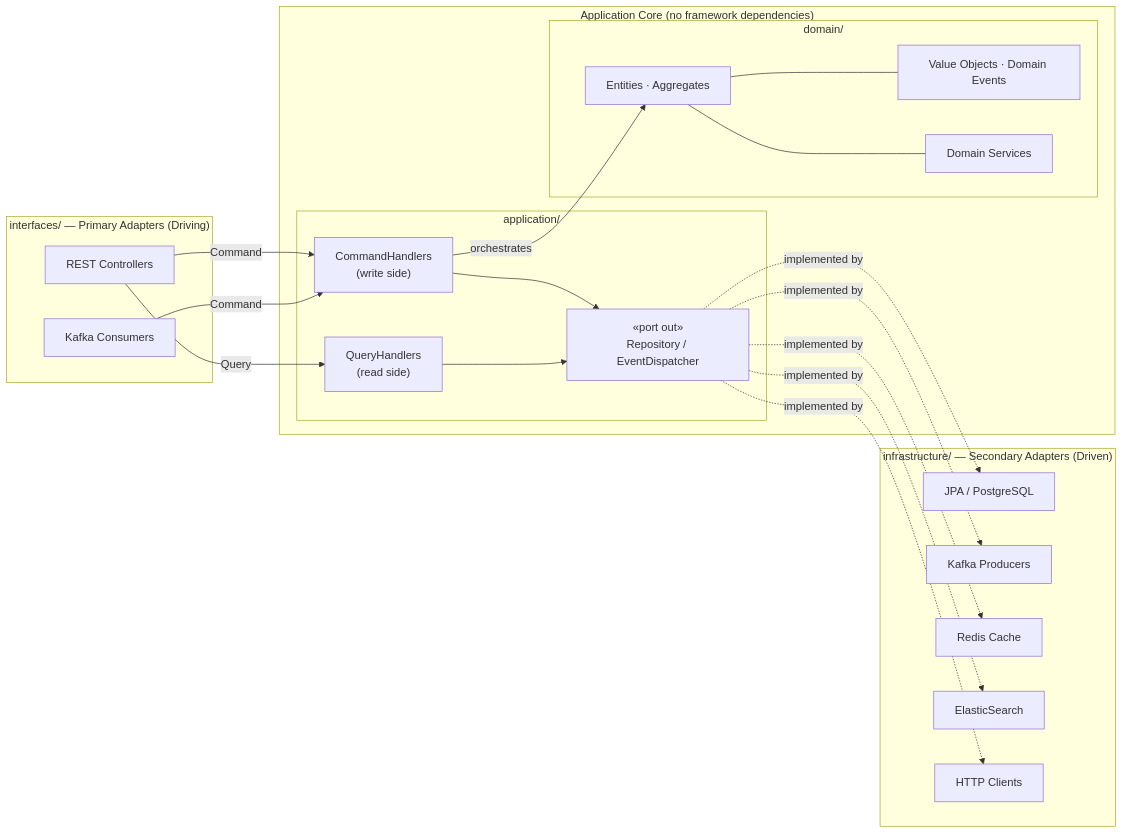
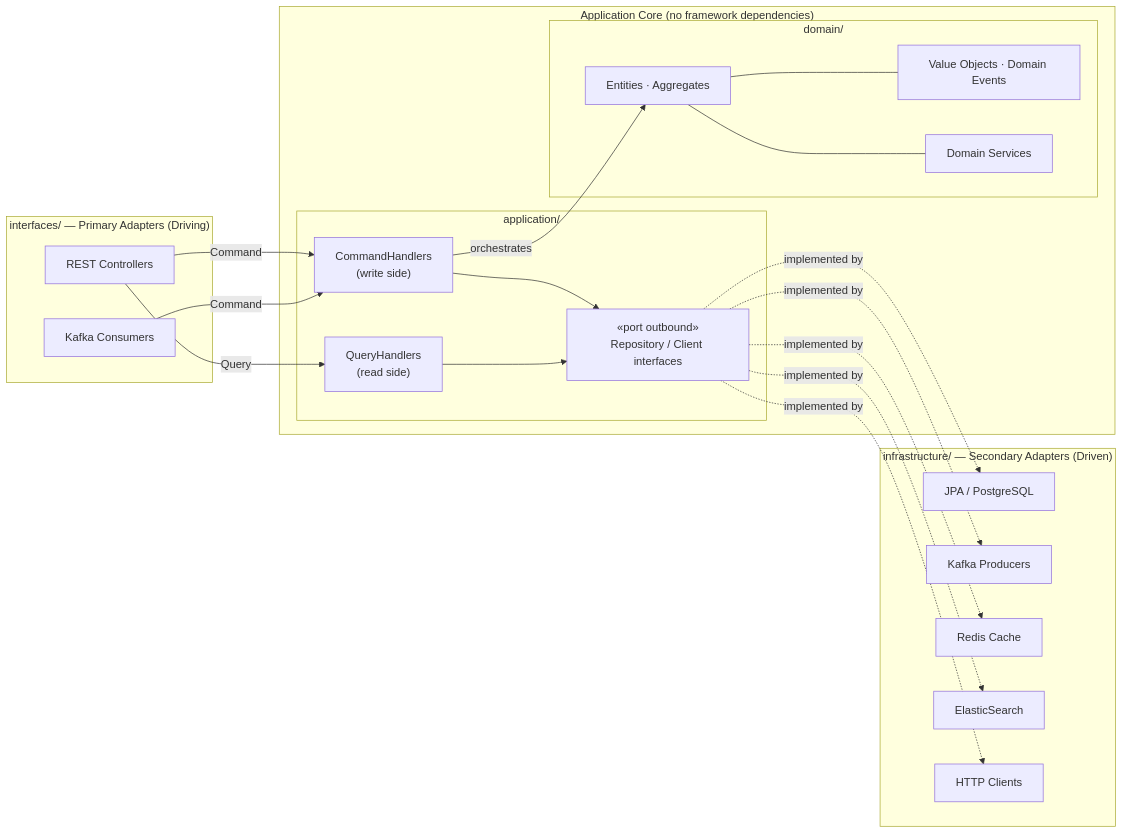
Before and after one commit to ansonli-dev/explicit-architecture: the second of 3 diagrams in README.md, drawn with Mermaid. The commit also changed other lines of this file and 16 other files, not shown here.

First line of the commit message:
docs: architecture documentation and rules

````diff
--- a/README.md
+++ b/README.md
@@ -62,42 +62,42 @@
 ```mermaid
 graph LR
     subgraph INT["interfaces/ — Primary Adapters (Driving)"]
         REST["REST Controllers"]
         CONS["Kafka Consumers"]
     end
 
     subgraph CORE["Application Core  (no framework dependencies)"]
         subgraph APP["application/"]
             CMD["CommandHandlers\n(write side)"]
             QRY["QueryHandlers\n(read side)"]
-            POUT["«port out»\nRepository / EventDispatcher"]
+            POUT["«port outbound»\nRepository / Client interfaces"]
         end
         subgraph DOM["domain/"]
             AGG["Entities · Aggregates"]
             VO["Value Objects · Domain Events"]
             DS["Domain Services"]
         end
     end
 
     subgraph INF["infrastructure/ — Secondary Adapters (Driven)"]
         JPA["JPA / PostgreSQL"]
         KAF["Kafka Producers"]
         RDS["Redis Cache"]
         ESA["ElasticSearch"]
         CLI["HTTP Clients"]
     end
 
     REST  -->|"Command"      | CMD
     REST  -->|"Query"        | QRY
     CONS  -->|"Command"      | CMD
     CMD   -->                 POUT
     CMD   -->|"orchestrates" | AGG
     QRY   -->                 POUT
     AGG   ---                 VO
     AGG   ---                 DS
     POUT  -.->|"implemented by"| JPA
     POUT  -.->|"implemented by"| KAF
     POUT  -.->|"implemented by"| RDS
     POUT  -.->|"implemented by"| ESA
     POUT  -.->|"implemented by"| CLI
 ```
````
